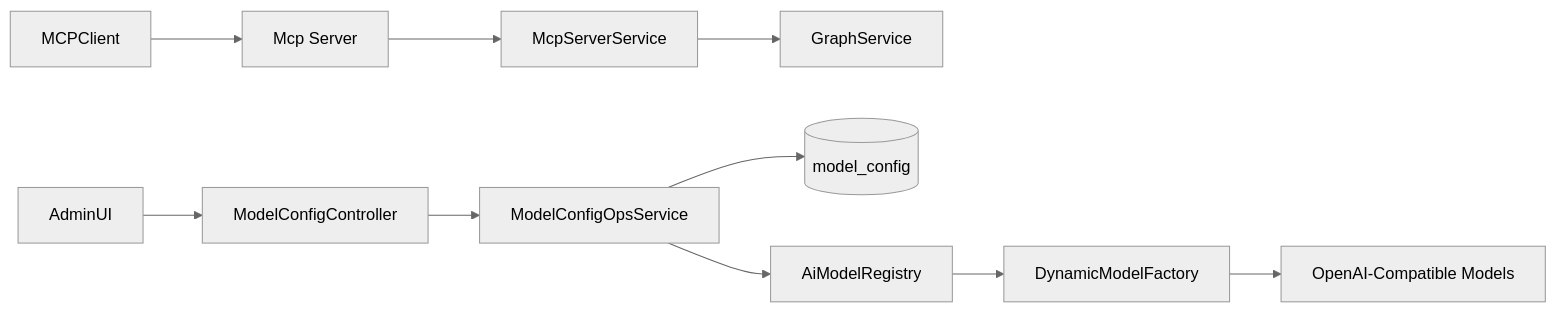
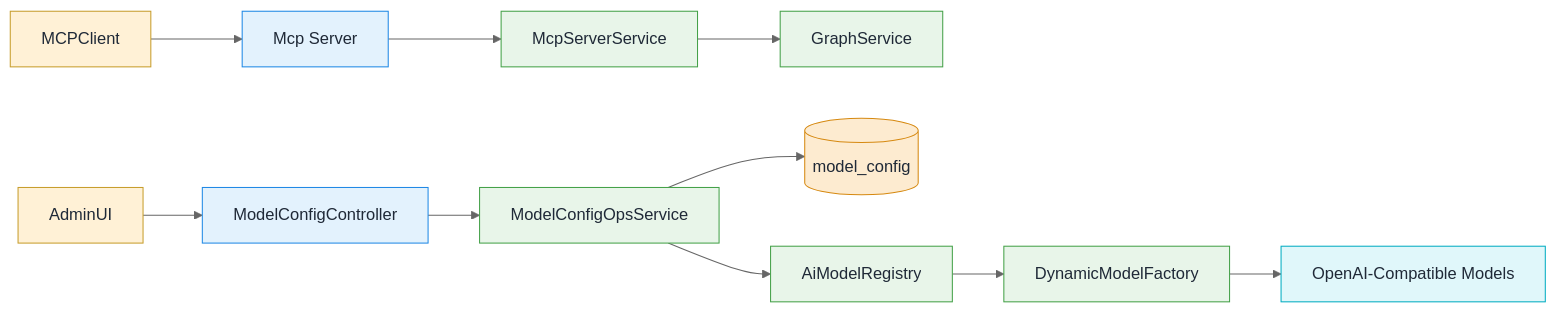
Before and after one commit to spring-ai-alibaba/DataAgent: diagram 13 of 18 in README.md, drawn with Mermaid (neutral theme). The commit also changed other lines of this file, not shown here.

Commit message:
refactor: update README with improved diagram formatting and class definitions for better clarity

````diff
--- a/README.md
+++ b/README.md
@@ -285,13 +373,25 @@
 ```mermaid
 flowchart LR
   MCPClient --> MCPServer[Mcp Server]
   MCPServer --> McpSvc[McpServerService]
   McpSvc --> GraphSvc[GraphService]
 
   AdminUI --> ModelAPI[ModelConfigController]
   ModelAPI --> Ops[ModelConfigOpsService]
   Ops --> ModelDB[(model_config)]
   Ops --> Registry[AiModelRegistry]
   Registry --> Factory[DynamicModelFactory]
   Factory --> LLM[OpenAI-Compatible Models]
+
+  classDef client fill:#FFF1D6,stroke:#C79D2B,stroke-width:1px,color:#1F2937;
+  classDef api fill:#E3F2FD,stroke:#1E88E5,stroke-width:1px,color:#1F2937;
+  classDef service fill:#E8F5E9,stroke:#43A047,stroke-width:1px,color:#1F2937;
+  classDef data fill:#FDEBD0,stroke:#D68910,stroke-width:1px,color:#1F2937;
+  classDef llm fill:#E0F7FA,stroke:#00ACC1,stroke-width:1px,color:#1F2937;
+
+  class MCPClient,AdminUI client
+  class MCPServer,ModelAPI api
+  class McpSvc,GraphSvc,Ops,Registry,Factory service
+  class ModelDB data
+  class LLM llm
 ```
````
